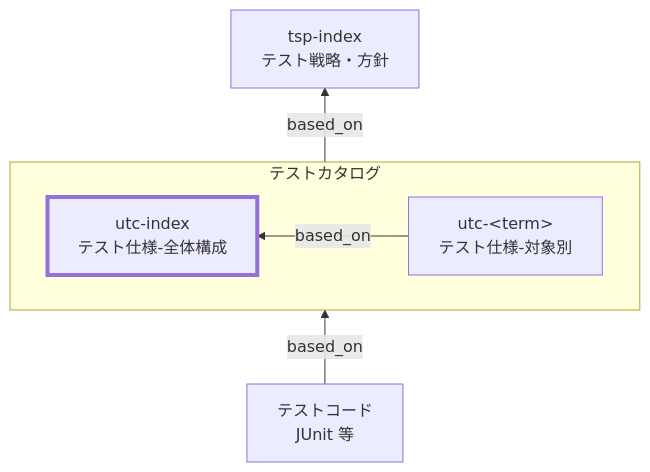
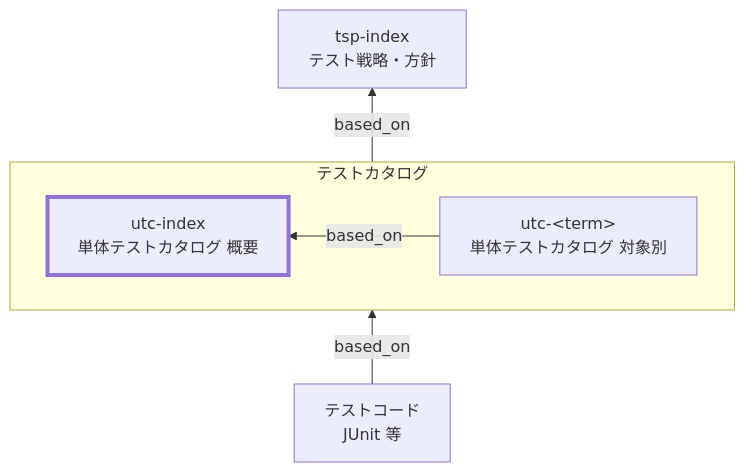
Before and after one commit to specdojo/specdojo: the diagram in docs/ja/specdojo/rulebooks/utc-index-rulebook.md, drawn with Mermaid. The commit also changed other lines of this file and 6 other files, not shown here.

Commit message:
exec(T-KATA-WAVE-3-utc-index-sample-040): apply task changes

````diff
--- a/docs/ja/specdojo/rulebooks/utc-index-rulebook.md
+++ b/docs/ja/specdojo/rulebooks/utc-index-rulebook.md
@@ -27,19 +28,19 @@
 ```mermaid
 flowchart BT
   TSP["tsp-index<br>テスト戦略・方針"]
 
   subgraph TC["テストカタログ"]
   direction RL
-    TCIndex["utc-index<br>テスト仕様-全体構成"]
-    TCDetail["utc-&lt;term&gt;<br>テスト仕様-対象別"]
+    TCIndex["utc-index<br>単体テストカタログ 概要"]
+    TCDetail["utc-&lt;term&gt;<br>単体テストカタログ 対象別"]
     TCDetail -->|based_on| TCIndex
   end
 
   Code["テストコード<br>JUnit 等"]
 
   TC -->|based_on| TSP
   Code -->|based_on| TC
 
   classDef target stroke-width:4px
   class TCIndex target
 ```
````
